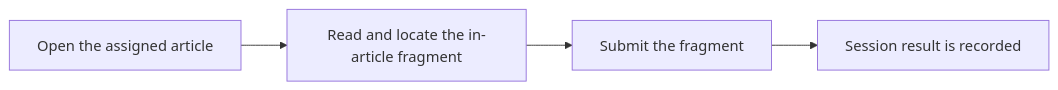
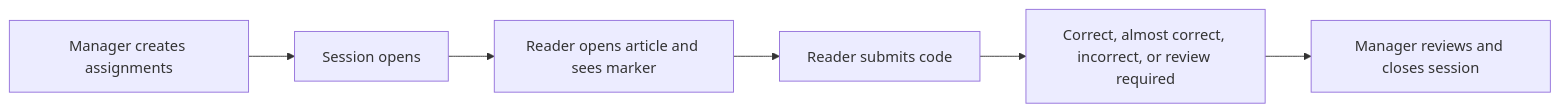
One commit to cristianrusu777/Kingshot-Events-Tracker-DOCS changed the diagram in docs/kingshot-events/knowledge-hub/reading-verification.md. Above: the diagram before and after it, drawn with Mermaid. The commit also changed other lines of this file and 52 other files, not shown here.

````diff
--- a/docs/kingshot-events/knowledge-hub/reading-verification.md
+++ b/docs/kingshot-events/knowledge-hub/reading-verification.md
@@ -19,8 +34,8 @@
 ```mermaid
 flowchart LR
-  A["Open the assigned article"]
-  B["Read and locate the in-article fragment"]
-  C["Submit the fragment"]
-  D["Session result is recorded"]
-  A --> B --> C --> D
+  A["Manager creates assignments"] --> B["Session opens"]
+  B --> C["Reader opens article and sees marker"]
+  C --> D["Reader submits code"]
+  D --> E["Correct, almost correct, incorrect, or review required"]
+  E --> F["Manager reviews and closes session"]
 ```
````
